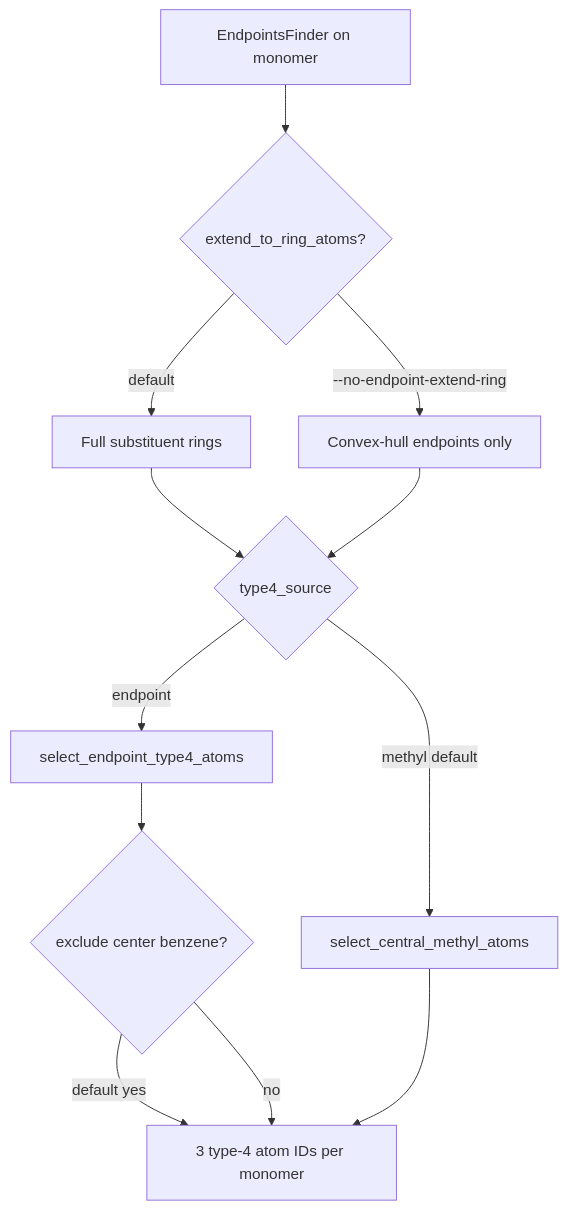
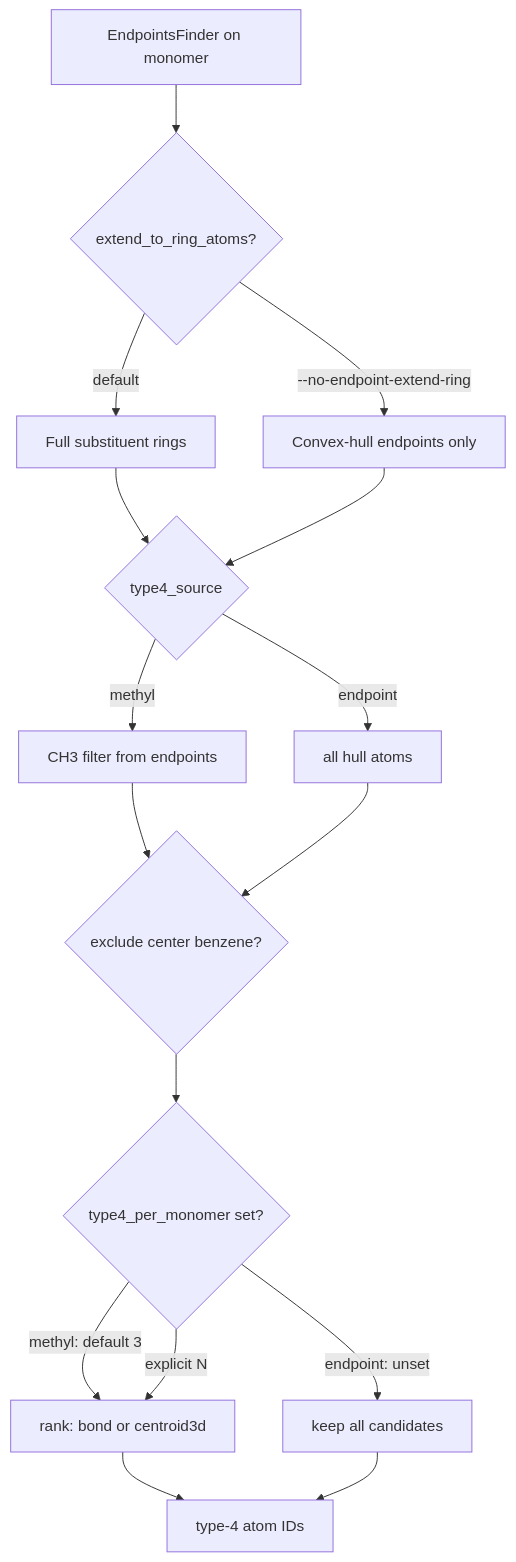
The second of 2 diagrams in docs/imamura_msm_presentation.md (zonezone12/MDchat), drawn with Mermaid before and after one commit. The commit also changed other lines of this file and 1 other file, not shown here.

First line of the commit message:
Update feature vector construction and type-4 bead selection details in imamura_msm_presentation.md

````diff
--- a/docs/imamura_msm_presentation.md
+++ b/docs/imamura_msm_presentation.md
@@ -112,14 +139,18 @@
 ```mermaid
 flowchart TD
     EP[EndpointsFinder on monomer] --> EXT{extend_to_ring_atoms?}
     EXT -->|default| RING[Full substituent rings]
     EXT -->|--no-endpoint-extend-ring| HULL[Convex-hull endpoints only]
     RING --> SRC{type4_source}
     HULL --> SRC
-    SRC -->|methyl default| METH[select_central_methyl_atoms]
-    SRC -->|endpoint| RAW[select_endpoint_type4_atoms]
-    RAW --> EXB{exclude center benzene?}
-    EXB -->|default yes| T4[3 type-4 atom IDs per monomer]
-    EXB -->|no| T4
-    METH --> T4
+    SRC -->|methyl| METH[CH3 filter from endpoints]
+    SRC -->|endpoint| RAW[all hull atoms]
+    METH --> EXB{exclude center benzene?}
+    RAW --> EXB
+    EXB --> CAP{type4_per_monomer set?}
+    CAP -->|methyl: default 3| RANK[rank: bond or centroid3d]
+    CAP -->|endpoint: unset| ALL[keep all candidates]
+    CAP -->|explicit N| RANK
+    RANK --> T4[type-4 atom IDs]
+    ALL --> T4
 ```
````
